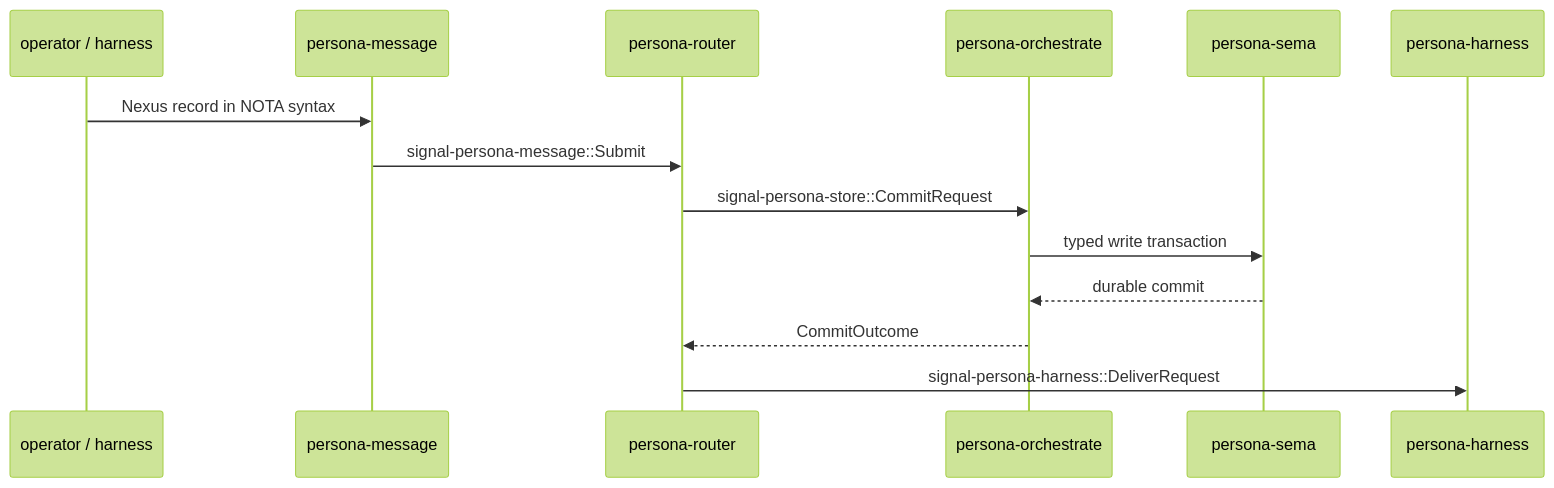
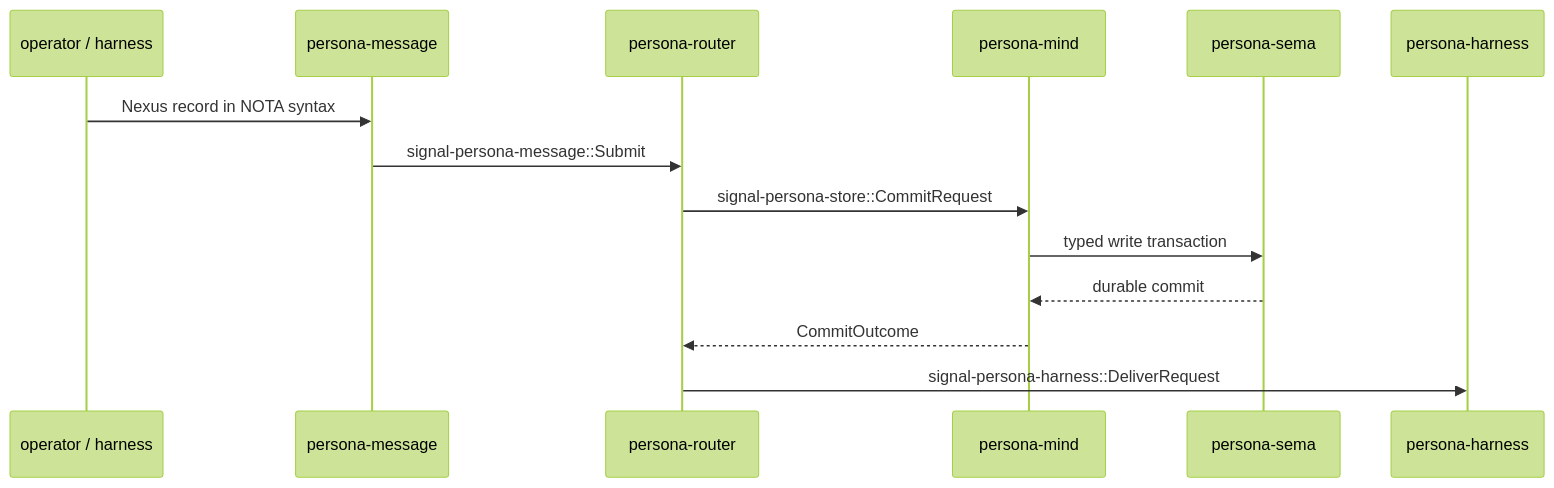
One commit to LiGoldragon/primary changed the second of 4 diagrams in reports/operator/74-signal-sema-persona-forward-implementation.md. Above: the diagram before and after it, drawn with Mermaid (forest theme). The commit also changed other lines of this file and 11 other files, not shown here.

Commit message:
document persona-mind central rename

````diff
--- a/reports/operator/74-signal-sema-persona-forward-implementation.md
+++ b/reports/operator/74-signal-sema-persona-forward-implementation.md
@@ -55,17 +55,17 @@
 ```mermaid
 sequenceDiagram
     participant Human as operator / harness
     participant Message as persona-message
     participant Router as persona-router
-    participant Orchestrate as persona-orchestrate
+    participant Mind as persona-mind
     participant Sema as persona-sema
     participant Harness as persona-harness
 
     Human->>Message: Nexus record in NOTA syntax
     Message->>Router: signal-persona-message::Submit
-    Router->>Orchestrate: signal-persona-store::CommitRequest
-    Orchestrate->>Sema: typed write transaction
-    Sema-->>Orchestrate: durable commit
-    Orchestrate-->>Router: CommitOutcome
+    Router->>Mind: signal-persona-store::CommitRequest
+    Mind->>Sema: typed write transaction
+    Sema-->>Mind: durable commit
+    Mind-->>Router: CommitOutcome
     Router->>Harness: signal-persona-harness::DeliverRequest
 ```
````
